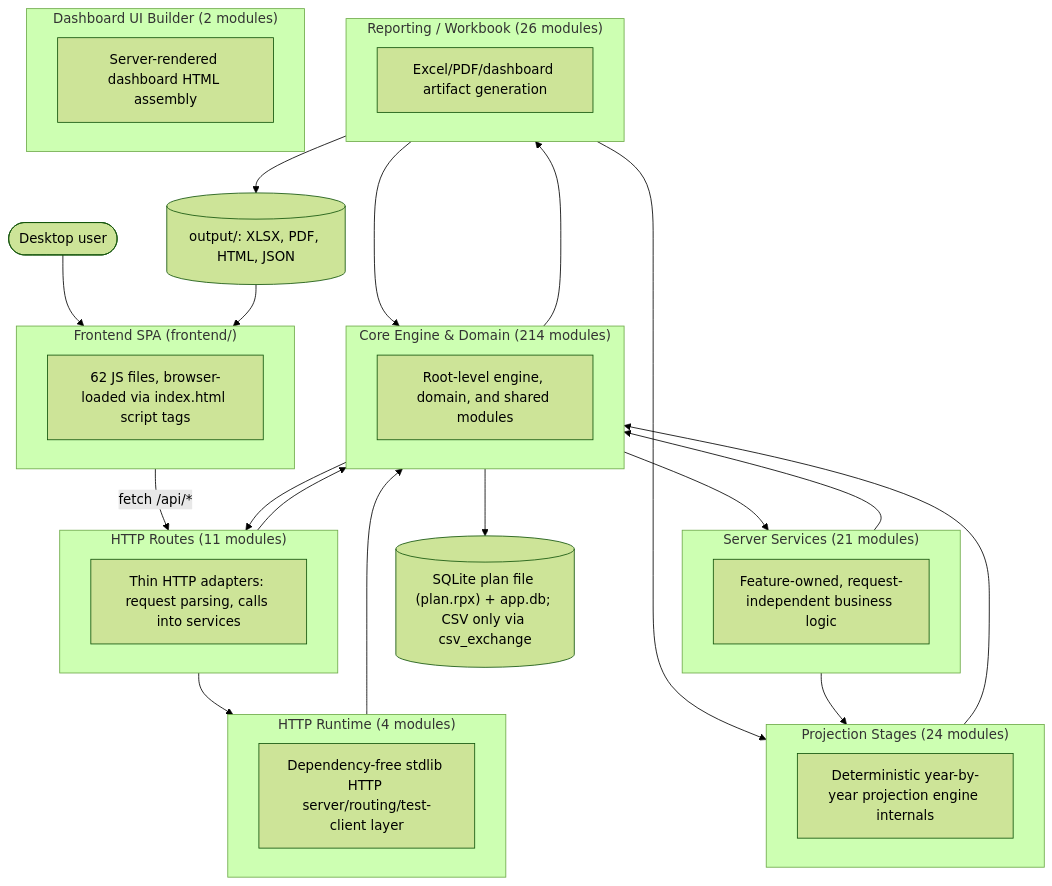
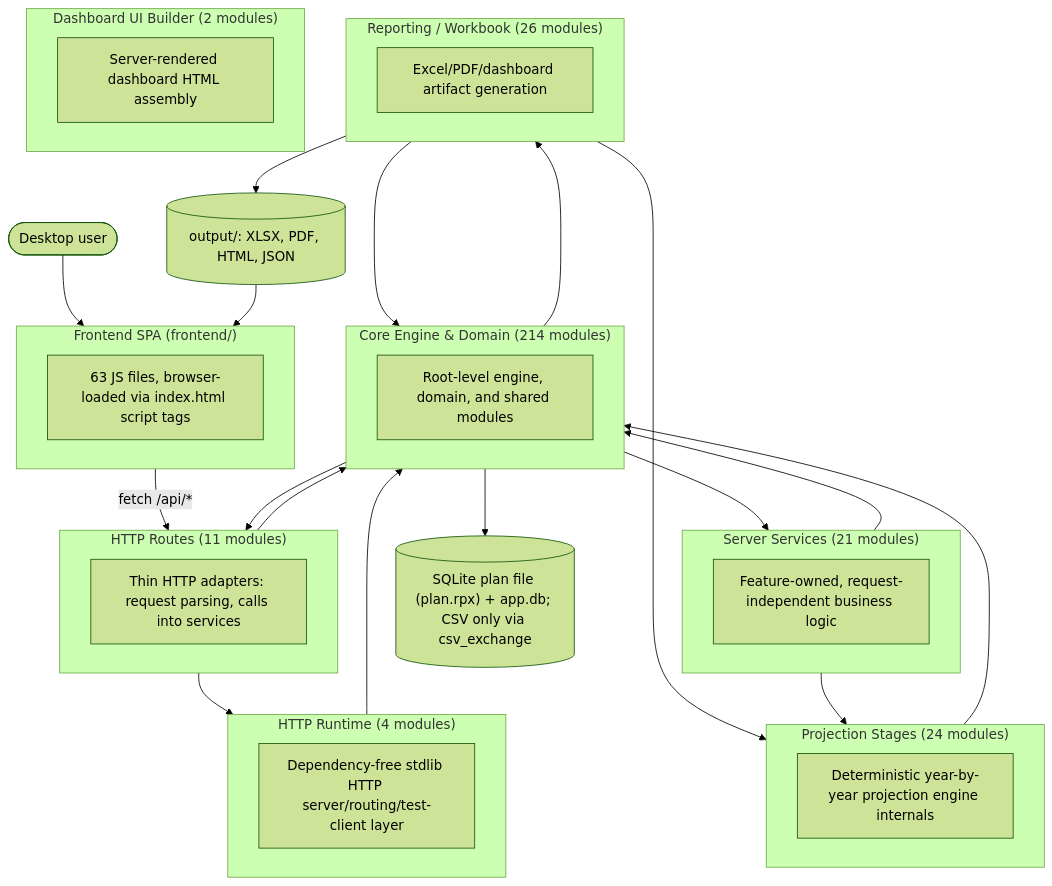
One commit to matthartzman/retirement_system changed the first of 2 diagrams in documentation/reference/SYSTEM_ARCHITECTURE_DIAGRAM.md. Above: the diagram before and after it, drawn with Mermaid (forest theme). The commit also changed other lines of this file and 24 other files, not shown here.

````diff
--- a/documentation/reference/SYSTEM_ARCHITECTURE_DIAGRAM.md
+++ b/documentation/reference/SYSTEM_ARCHITECTURE_DIAGRAM.md
@@ -11,43 +11,43 @@
 ```mermaid
 flowchart TB
     User(["Desktop user"]) --> FE
     subgraph FE["Frontend SPA (frontend/)"]
-        FEcount["62 JS files, browser-loaded via index.html script tags"]
+        FEcount["63 JS files, browser-loaded via index.html script tags"]
     end
     FE -->|fetch /api/*| L_HTTP_Routes
     subgraph L_HTTP_Routes["HTTP Routes (11 modules)"]
         L_HTTP_Routes_d["Thin HTTP adapters: request parsing, calls into services"]
     end
     subgraph L_Server_Services["Server Services (21 modules)"]
         L_Server_Services_d["Feature-owned, request-independent business logic"]
     end
     subgraph L_HTTP_Runtime["HTTP Runtime (4 modules)"]
         L_HTTP_Runtime_d["Dependency-free stdlib HTTP server/routing/test-client layer"]
     end
     subgraph L_Core_Engine___Domain["Core Engine & Domain (214 modules)"]
         L_Core_Engine___Domain_d["Root-level engine, domain, and shared modules"]
     end
     subgraph L_Projection_Stages["Projection Stages (24 modules)"]
         L_Projection_Stages_d["Deterministic year-by-year projection engine internals"]
     end
     subgraph L_Reporting___Workbook["Reporting / Workbook (26 modules)"]
         L_Reporting___Workbook_d["Excel/PDF/dashboard artifact generation"]
     end
     subgraph L_Dashboard_UI_Builder["Dashboard UI Builder (2 modules)"]
         L_Dashboard_UI_Builder_d["Server-rendered dashboard HTML assembly"]
     end
     L_Core_Engine___Domain --> L_HTTP_Routes
     L_Core_Engine___Domain --> L_Reporting___Workbook
     L_Core_Engine___Domain --> L_Server_Services
     L_HTTP_Routes --> L_Core_Engine___Domain
     L_HTTP_Routes --> L_HTTP_Runtime
     L_HTTP_Runtime --> L_Core_Engine___Domain
     L_Projection_Stages --> L_Core_Engine___Domain
     L_Reporting___Workbook --> L_Core_Engine___Domain
     L_Reporting___Workbook --> L_Projection_Stages
     L_Server_Services --> L_Core_Engine___Domain
     L_Server_Services --> L_Projection_Stages
     L_Core_Engine___Domain --> DB[("SQLite plan file (plan.rpx) + app.db; CSV only via csv_exchange")]
     L_Reporting___Workbook --> Outputs[("output/: XLSX, PDF, HTML, JSON")]
     Outputs --> FE
 ```
````
